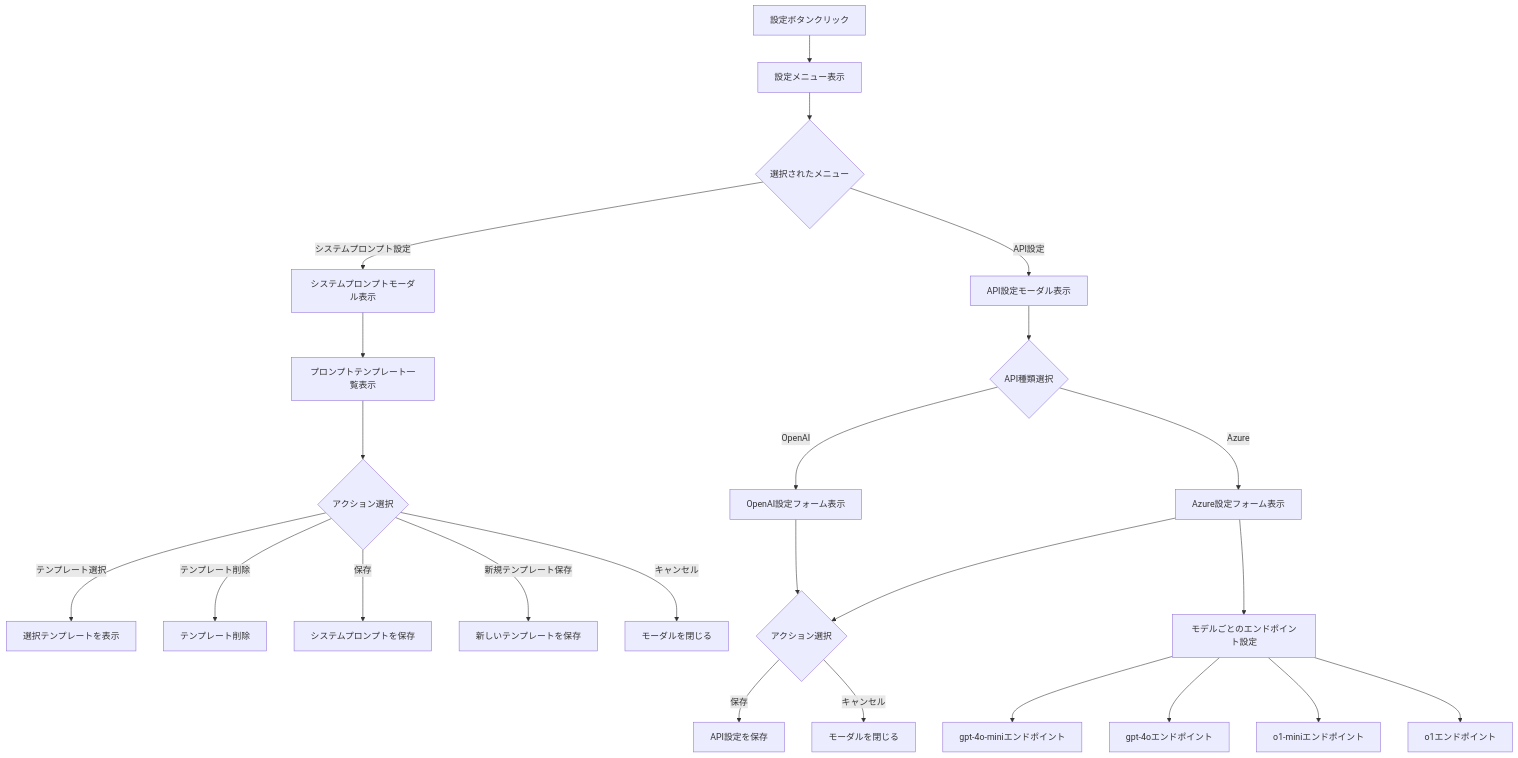
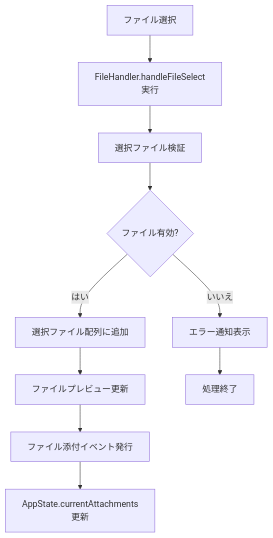
The sixth of 9 diagrams in ChatBot_設計仕様書.md (SuperPyonchiX/ChatBot), drawn with Mermaid before and after one commit. The commit also changed other lines of this file, not shown here.

````diff
--- a/ChatBot_設計仕様書.md
+++ b/ChatBot_設計仕様書.md
@@ -361,29 +1221,12 @@
 ```mermaid
 flowchart TD
-    A[設定ボタンクリック] --> B[設定メニュー表示]
-    B --> C{選択されたメニュー}
-    C -->|システムプロンプト設定| D[システムプロンプトモーダル表示]
-    C -->|API設定| E[API設定モーダル表示]
-    
-    D --> F[プロンプトテンプレート一覧表示]
-    F --> G{アクション選択}
-    G -->|テンプレート選択| H[選択テンプレートを表示]
-    G -->|テンプレート削除| I[テンプレート削除]
-    G -->|保存| J[システムプロンプトを保存]
-    G -->|新規テンプレート保存| K[新しいテンプレートを保存]
-    G -->|キャンセル| L[モーダルを閉じる]
-    
-    E --> M{API種類選択}
-    M -->|OpenAI| N[OpenAI設定フォーム表示]
-    M -->|Azure| O[Azure設定フォーム表示]
-    N --> P{アクション選択}
-    O --> P
-    P -->|保存| Q[API設定を保存]
-    P -->|キャンセル| R[モーダルを閉じる]
-    
-    O --> S[モデルごとのエンドポイント設定]
-    S --> T[gpt-4o-miniエンドポイント]
-    S --> U[gpt-4oエンドポイント]
-    S --> V[o1-miniエンドポイント]
-    S --> W[o1エンドポイント]
+    A[ファイル選択] --> B[FileHandler.handleFileSelect実行]
+    B --> C[選択ファイル検証]
+    C --> D{ファイル有効?}
+    D -->|はい| E[選択ファイル配列に追加]
+    D -->|いいえ| F[エラー通知表示]
+    E --> G[ファイルプレビュー更新]
+    G --> H[ファイル添付イベント発行]
+    H --> I[AppState.currentAttachments更新]
+    F --> Z[処理終了]
 ```
````
